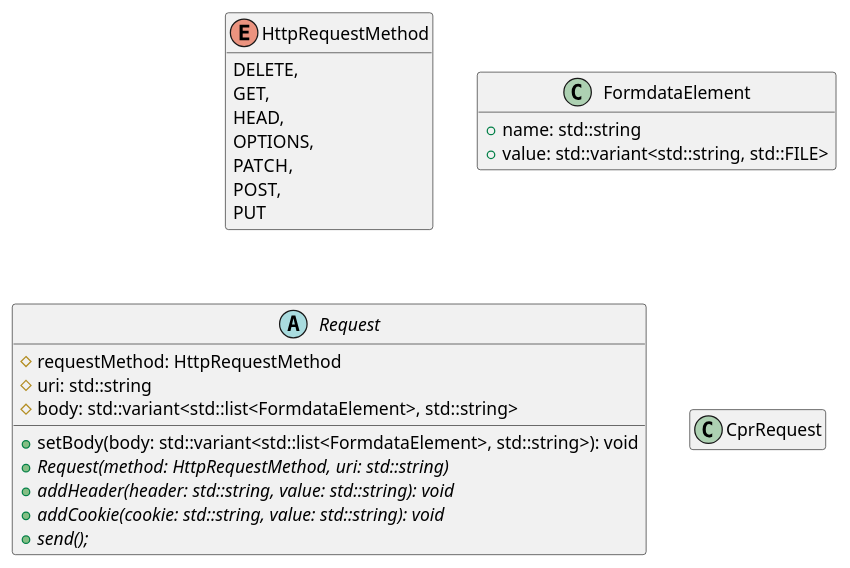
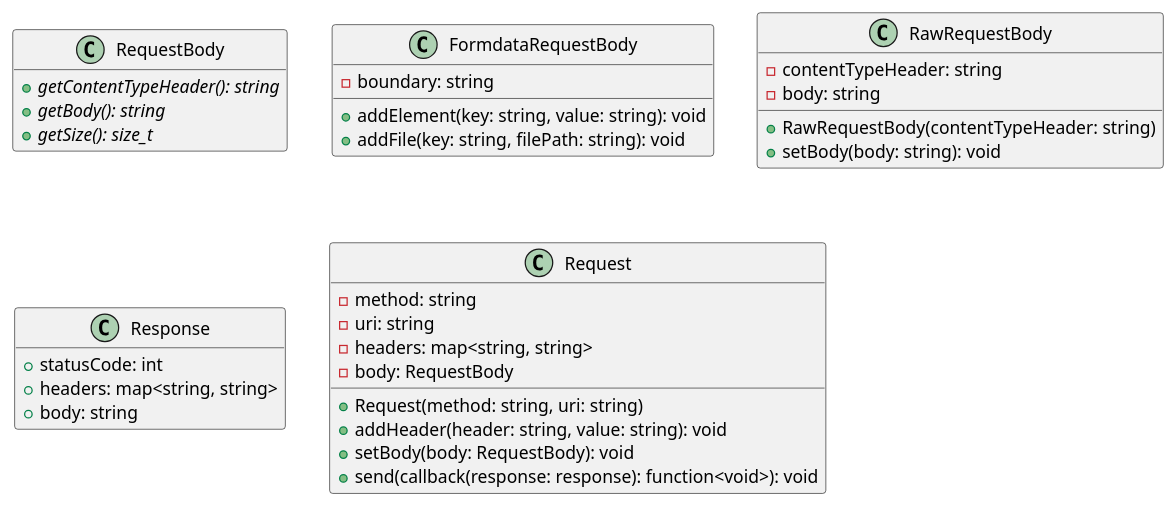
Before and after one commit to xarbit/getit: the diagram in docs/diagrams/classes.puml, drawn with PlantUML. The commit also changed 17 other files, not shown here.

```diff
--- a/docs/diagrams/classes.puml
+++ b/docs/diagrams/classes.puml
@@ -1,36 +1,44 @@
 @startuml Classes
 
-enum HttpRequestMethod {
-    DELETE,
-    GET,
-    HEAD,
-    OPTIONS,
-    PATCH,
-    POST,
-    PUT
+class RequestBody {
+    + {abstract} getContentTypeHeader(): string
+    + {abstract} getBody(): string
+    + {abstract} getSize(): size_t
 }
-hide HttpRequestMethod methods
+hide RequestBody fields
 
-class FormdataElement {
-    + name: std::string
-    + value: std::variant<std::string, std::FILE>
-}
-hide FormdataElement methods
+class FormdataRequestBody {
+    - boundary: string
 
-abstract class Request {
-    # requestMethod: HttpRequestMethod
-    # uri: std::string
-    # body: std::variant<std::list<FormdataElement>, std::string>
-
-    + setBody(body: std::variant<std::list<FormdataElement>, std::string>): void
-    + {abstract} Request(method: HttpRequestMethod, uri: std::string)
-    + {abstract} addHeader(header: std::string, value: std::string): void
-    + {abstract} addCookie(cookie: std::string, value: std::string): void
-    + {abstract} send();
+    + addElement(key: string, value: string): void
+    + addFile(key: string, filePath: string): void
 }
 
-class CprRequest
-hide CprRequest fields
-hide CprRequest methods
+class RawRequestBody {
+    - contentTypeHeader: string
+    - body: string
+
+    + RawRequestBody(contentTypeHeader: string)
+    + setBody(body: string): void
+}
+
+class Response {
+    + statusCode: int
+    + headers: map<string, string>
+    + body: string
+}
+hide Response methods
+
+class Request {
+    - method: string
+    - uri: string
+    - headers: map<string, string>
+    - body: RequestBody
+
+    + Request(method: string, uri: string)
+    + addHeader(header: string, value: string): void
+    + setBody(body: RequestBody): void
+    + send(callback(response: response): function<void>): void
+}
 
 @enduml
```
